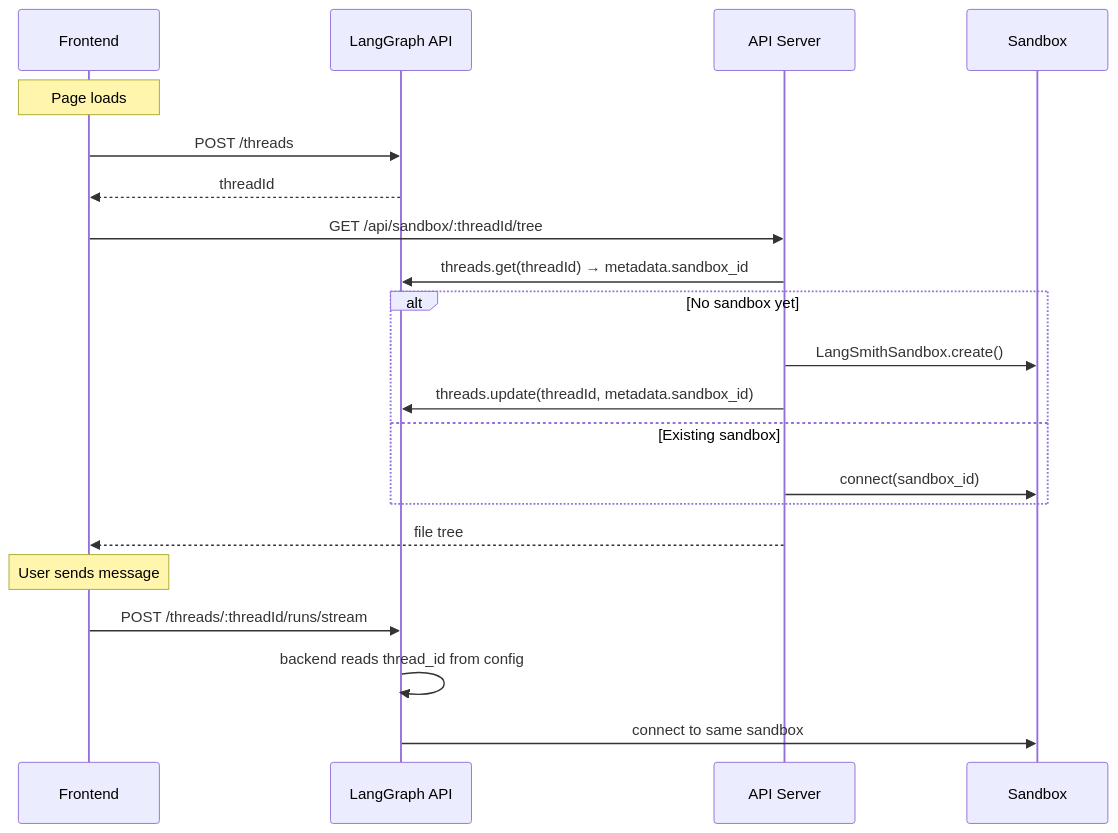
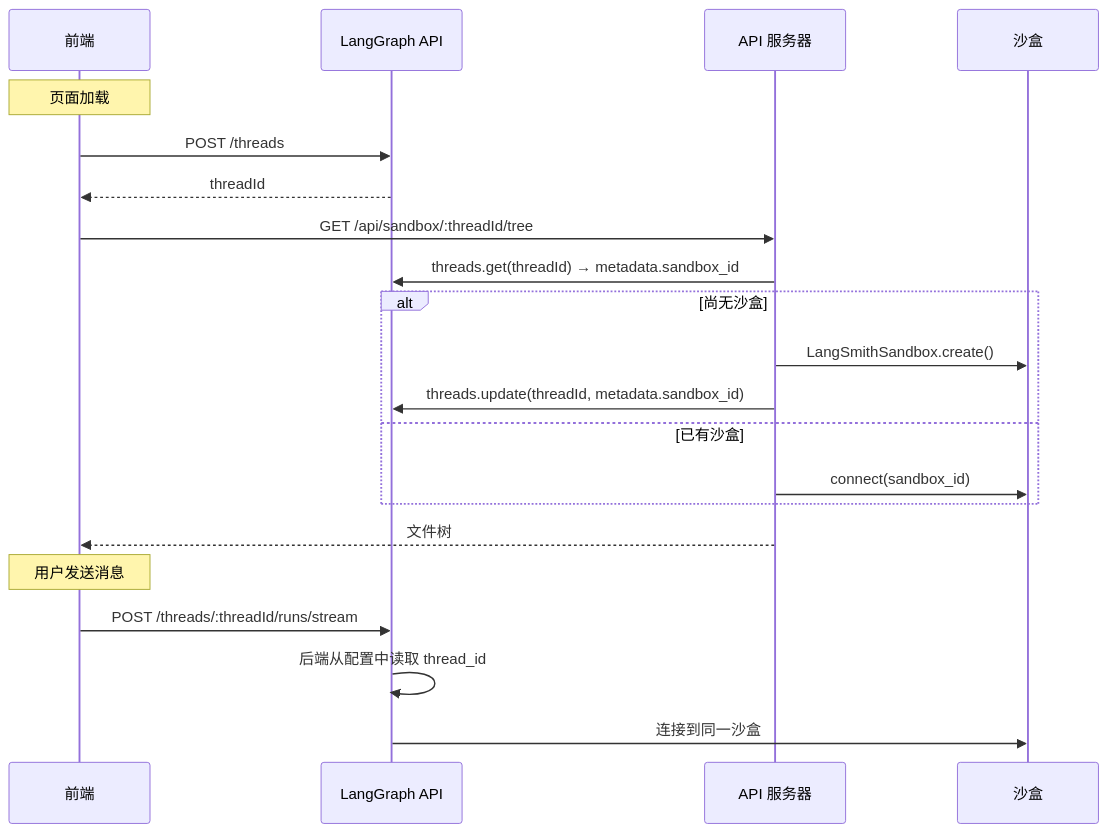
The second of 2 diagrams in oss/javascript/deepagents/frontend/sandbox.mdx (kunfan96/cndocs-langchain), drawn with Mermaid before and after one commit. The commit also changed other lines of this file and 505 other files, not shown here.

````diff
--- a/oss/javascript/deepagents/frontend/sandbox.mdx
+++ b/oss/javascript/deepagents/frontend/sandbox.mdx
@@ -81,26 +64,26 @@
 ```mermaid
 sequenceDiagram
-    participant FE as Frontend
+    participant FE as 前端
     participant LG as LangGraph API
-    participant HTTP as API Server
-    participant SB as Sandbox
+    participant HTTP as API 服务器
+    participant SB as 沙盒
 
-    Note over FE: Page loads
+    Note over FE: 页面加载
     FE->>LG: POST /threads
     LG-->>FE: threadId
 
     FE->>HTTP: GET /api/sandbox/:threadId/tree
     HTTP->>LG: threads.get(threadId) → metadata.sandbox_id
-    alt No sandbox yet
+    alt 尚无沙盒
         HTTP->>SB: LangSmithSandbox.create()
         HTTP->>LG: threads.update(threadId, metadata.sandbox_id)
-    else Existing sandbox
+    else 已有沙盒
         HTTP->>SB: connect(sandbox_id)
     end
-    HTTP-->>FE: file tree
+    HTTP-->>FE: 文件树
 
-    Note over FE: User sends message
+    Note over FE: 用户发送消息
     FE->>LG: POST /threads/:threadId/runs/stream
-    LG->>LG: backend reads thread_id from config
-    LG->>SB: connect to same sandbox
+    LG->>LG: 后端从配置中读取 thread_id
+    LG->>SB: 连接到同一沙盒
 ```
````
